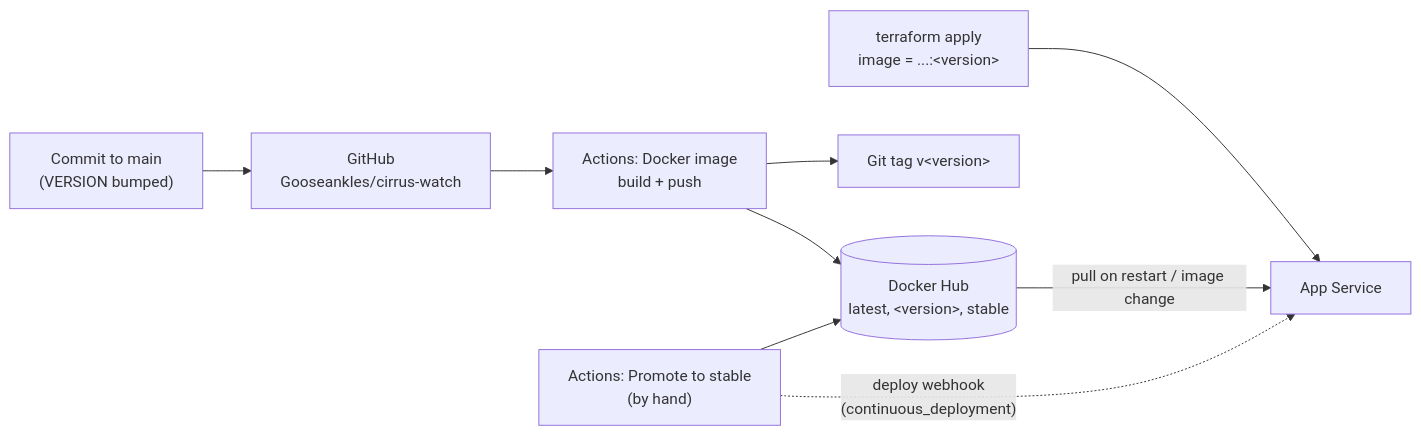
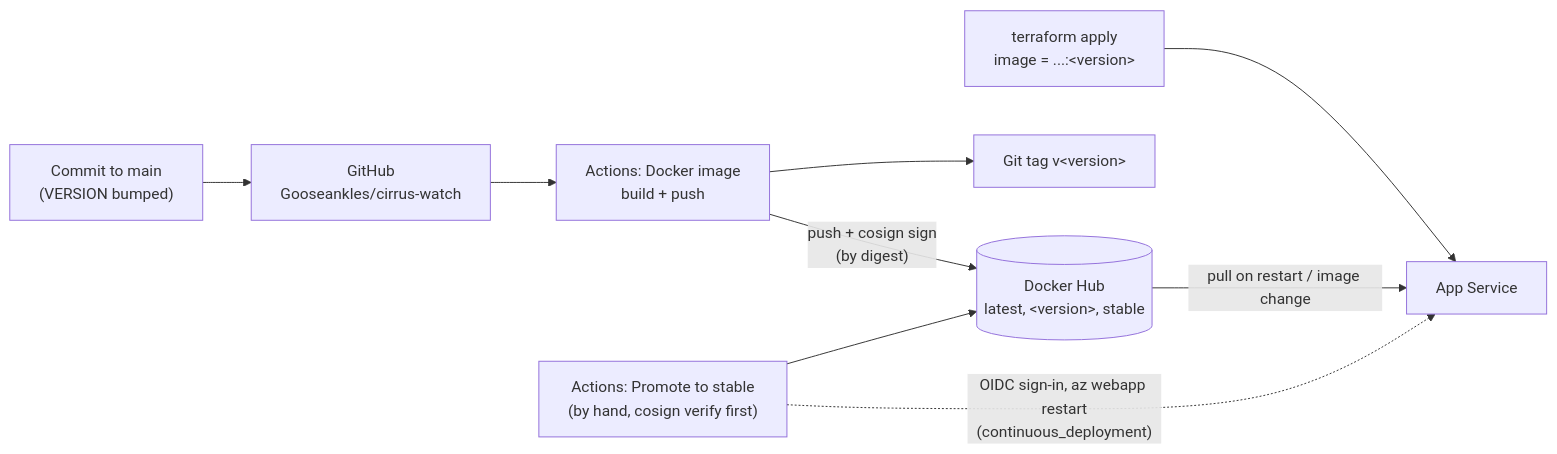
One commit to Gooseankles/cirrus-watch changed the diagram in docs/diagrams/arch-build-release.mmd. Above: the diagram before and after it, drawn with Mermaid. The commit also changed 38 other files, not shown here.

First line of the commit message:
0.65.0.0: signed images, OIDC restart on promote, guest owners and opt-in extra Graph checks

```diff
--- a/docs/diagrams/arch-build-release.mmd
+++ b/docs/diagrams/arch-build-release.mmd
@@ -1,9 +1,9 @@
 flowchart LR
   dev["Commit to main<br/>(VERSION bumped)"] --> gh["GitHub<br/>Gooseankles/cirrus-watch"]
   gh --> ci["Actions: Docker image<br/>build + push"]
-  ci --> hub[("Docker Hub<br/>latest, &lt;version&gt;, stable")]
+  ci -- "push + cosign sign<br/>(by digest)" --> hub[("Docker Hub<br/>latest, &lt;version&gt;, stable")]
   ci --> tag["Git tag v&lt;version&gt;"]
-  promote["Actions: Promote to stable<br/>(by hand)"] --> hub
+  promote["Actions: Promote to stable<br/>(by hand, cosign verify first)"] --> hub
   tfrun["terraform apply<br/>image = ...:&lt;version&gt;"] --> web["App Service"]
   hub -- "pull on restart / image change" --> web
-  promote -. "deploy webhook<br/>(continuous_deployment)" .-> web
+  promote -. "OIDC sign-in, az webapp restart<br/>(continuous_deployment)" .-> web
```
